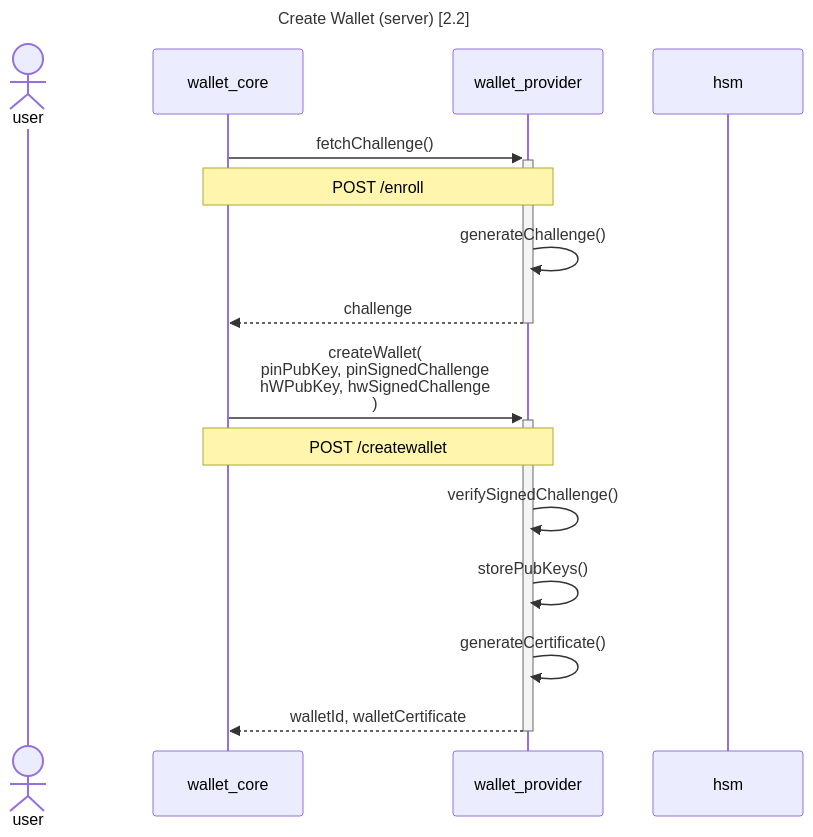
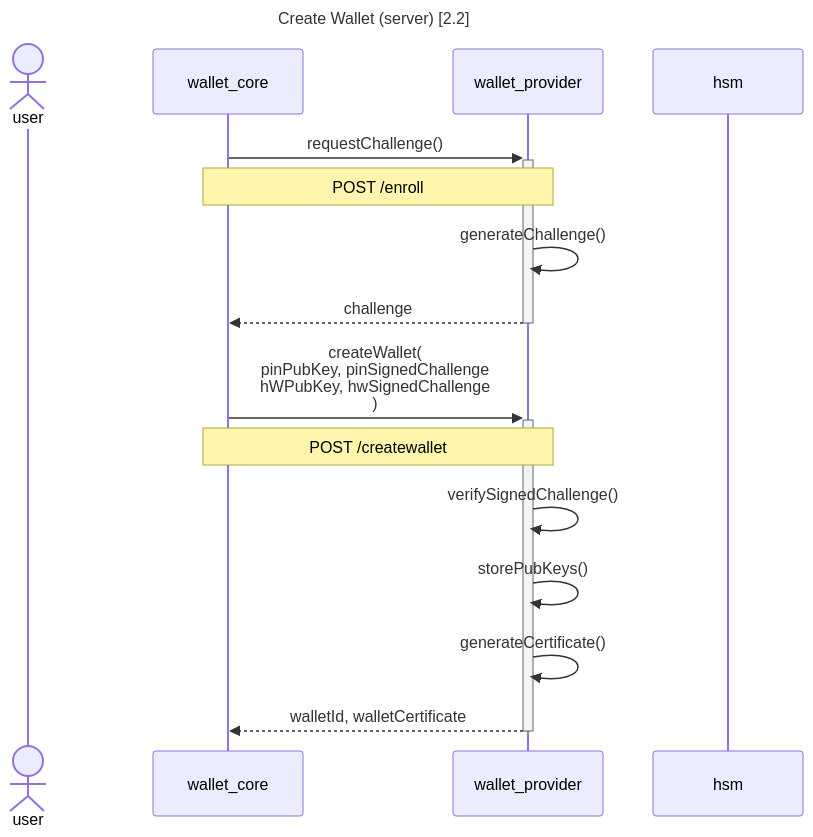
One commit to MinBZK/nl-wallet changed the second of 2 diagrams in documentation/flows/wallet_creation.md. Above: the diagram before and after it, drawn with Mermaid. The commit also changed other lines of this file, not shown here.

Commit message:
Naming consistency in documentation

````diff
--- a/documentation/flows/wallet_creation.md
+++ b/documentation/flows/wallet_creation.md
@@ -70,20 +70,20 @@
 ```mermaid
 sequenceDiagram
     %% Force ordering by explicitly setting up participants
     actor user
     participant wallet_core
     participant wallet_provider
     participant hsm
     title Create Wallet (server) [2.2]
 
-    wallet_core->>+wallet_provider: fetchChallenge() 
+    wallet_core->>+wallet_provider: requestChallenge() 
     note over wallet_core,wallet_provider: POST /enroll
     wallet_provider->>wallet_provider: generateChallenge()
     wallet_provider-->>-wallet_core: challenge
     wallet_core->>+wallet_provider: createWallet(<br/>pinPubKey, pinSignedChallenge<br/>hWPubKey, hwSignedChallenge<br/>)
     note over wallet_core,wallet_provider: POST /createwallet
     wallet_provider->>wallet_provider: verifySignedChallenge()
     wallet_provider->>wallet_provider: storePubKeys()
     wallet_provider->>wallet_provider: generateCertificate()
     wallet_provider-->>-wallet_core: walletId, walletCertificate
 ```
````
